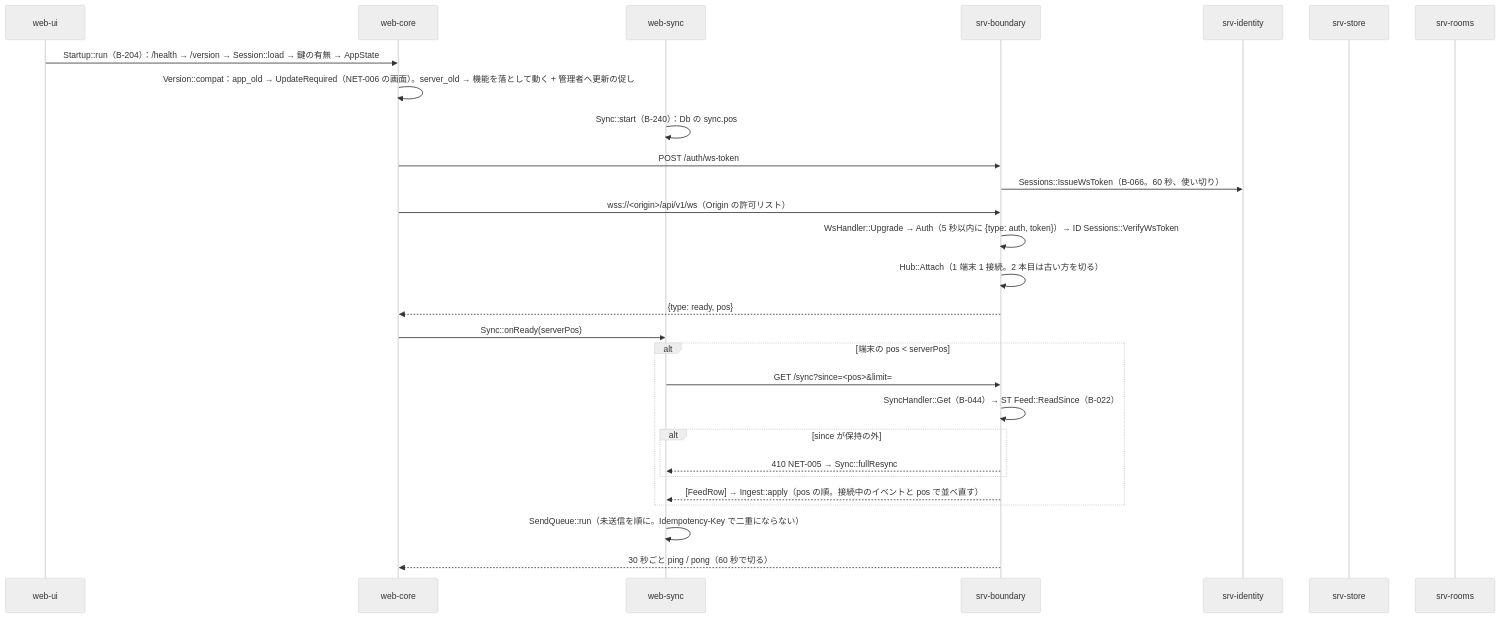
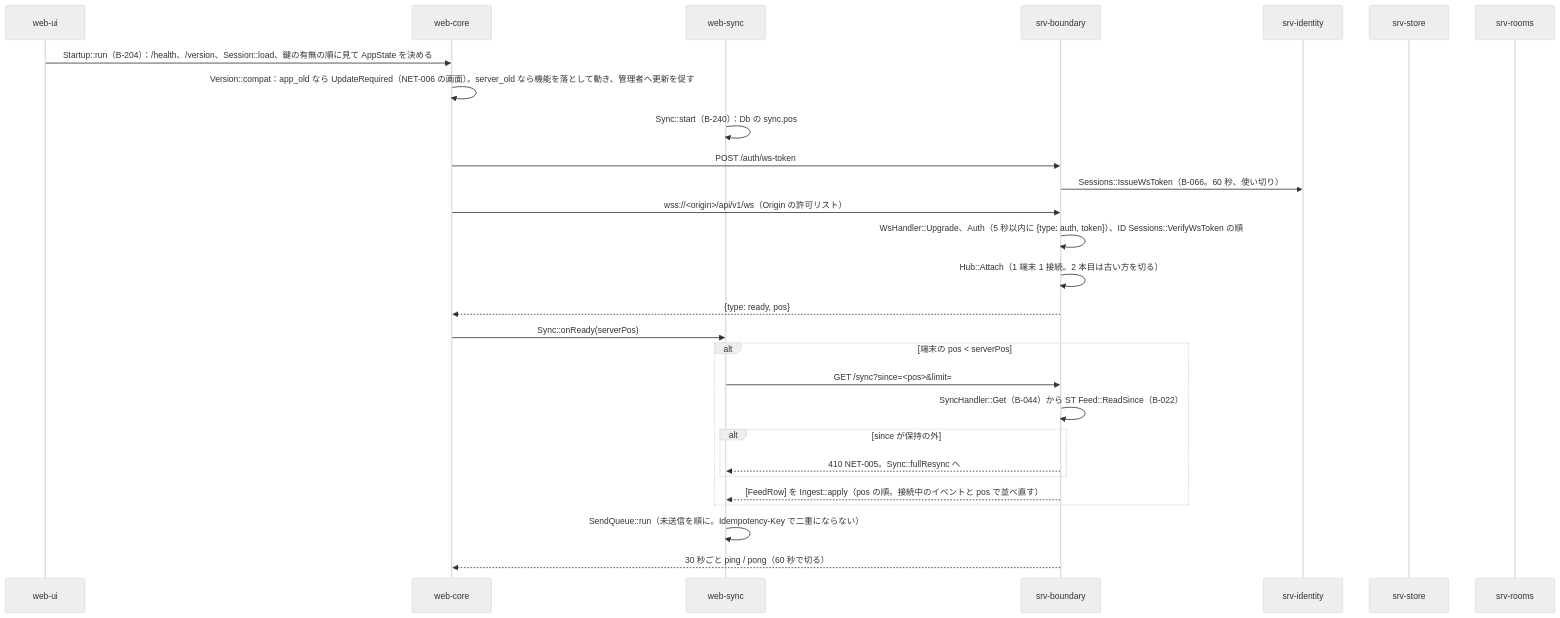
Before and after one commit to nrsd-ishikawasou/family-talk-pwa: the first of 5 diagrams in dev/docs/jp/シーケンス/09_同期と再接続.md, drawn with Mermaid (neutral theme). The commit also changed other lines of this file and 290 other files, not shown here.

````diff
--- a/dev/docs/jp/シーケンス/09_同期と再接続.md
+++ b/dev/docs/jp/シーケンス/09_同期と再接続.md
@@ -10,30 +17,30 @@
 ```mermaid
 sequenceDiagram
   participant UI as web-ui
   participant WC as web-core
   participant WS as web-sync
   participant BD as srv-boundary
   participant ID as srv-identity
   participant ST as srv-store
   participant RM as srv-rooms
-  UI->>WC: Startup::run（B-204）：/health → /version → Session::load → 鍵の有無 → AppState
-  WC->>WC: Version::compat：app_old → UpdateRequired（NET-006 の画面）。server_old → 機能を落として動く + 管理者へ更新の促し
+  UI->>WC: Startup::run（B-204）：/health、/version、Session::load、鍵の有無の順に見て AppState を決める
+  WC->>WC: Version::compat：app_old なら UpdateRequired（NET-006 の画面）。server_old なら機能を落として動き、管理者へ更新を促す
   WS->>WS: Sync::start（B-240）：Db の sync.pos
   WC->>BD: POST /auth/ws-token
   BD->>ID: Sessions::IssueWsToken（B-066。60 秒、使い切り）
   WC->>BD: wss://<origin>/api/v1/ws（Origin の許可リスト）
-  BD->>BD: WsHandler::Upgrade → Auth（5 秒以内に {type: auth, token}）→ ID Sessions::VerifyWsToken
+  BD->>BD: WsHandler::Upgrade、Auth（5 秒以内に {type: auth, token}）、ID Sessions::VerifyWsToken の順
   BD->>BD: Hub::Attach（1 端末 1 接続。2 本目は古い方を切る）
   BD-->>WC: {type: ready, pos}
   WC->>WS: Sync::onReady(serverPos)
   alt 端末の pos < serverPos
     WS->>BD: GET /sync?since=<pos>&limit=
-    BD->>BD: SyncHandler::Get（B-044）→ ST Feed::ReadSince（B-022）
+    BD->>BD: SyncHandler::Get（B-044）から ST Feed::ReadSince（B-022）
     alt since が保持の外
-      BD-->>WS: 410 NET-005 → Sync::fullResync
+      BD-->>WS: 410 NET-005。Sync::fullResync へ
     end
-    BD-->>WS: [FeedRow] → Ingest::apply（pos の順。接続中のイベントと pos で並べ直す）
+    BD-->>WS: [FeedRow] を Ingest::apply（pos の順。接続中のイベントと pos で並べ直す）
   end
   WS->>WS: SendQueue::run（未送信を順に。Idempotency-Key で二重にならない）
   BD-->>WC: 30 秒ごと ping / pong（60 秒で切る）
 ```
````
